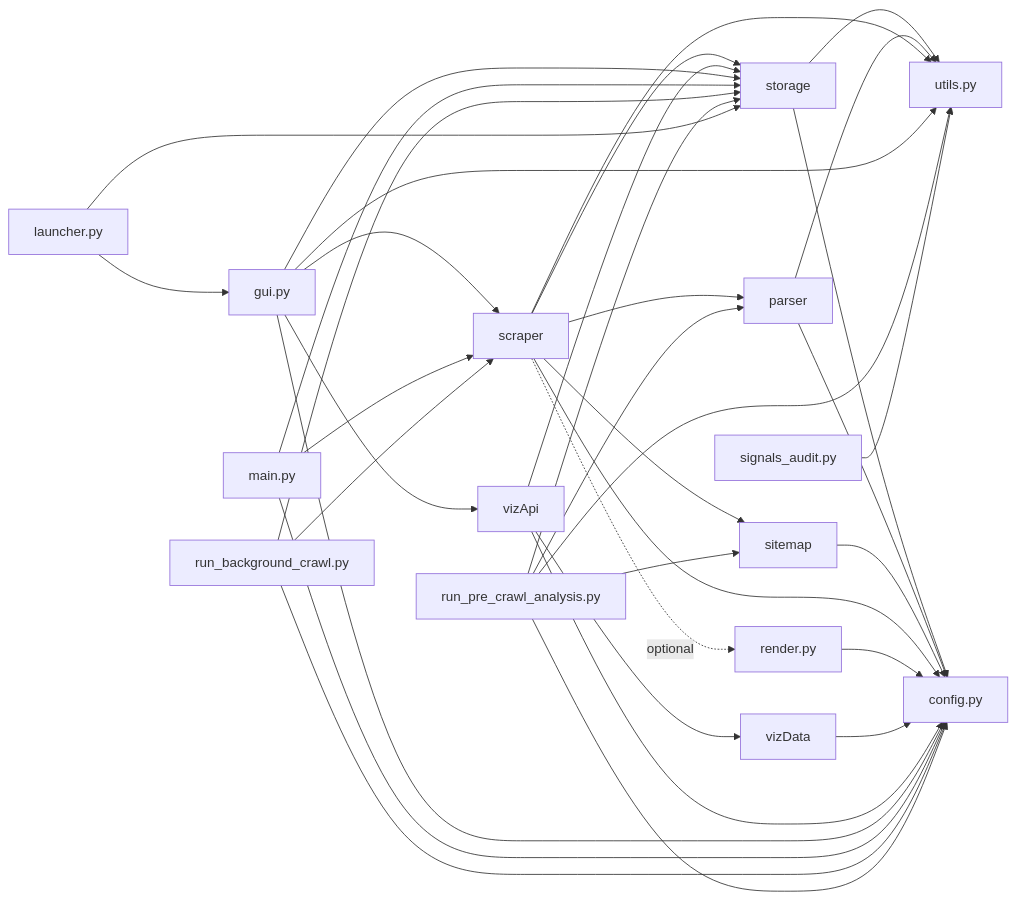
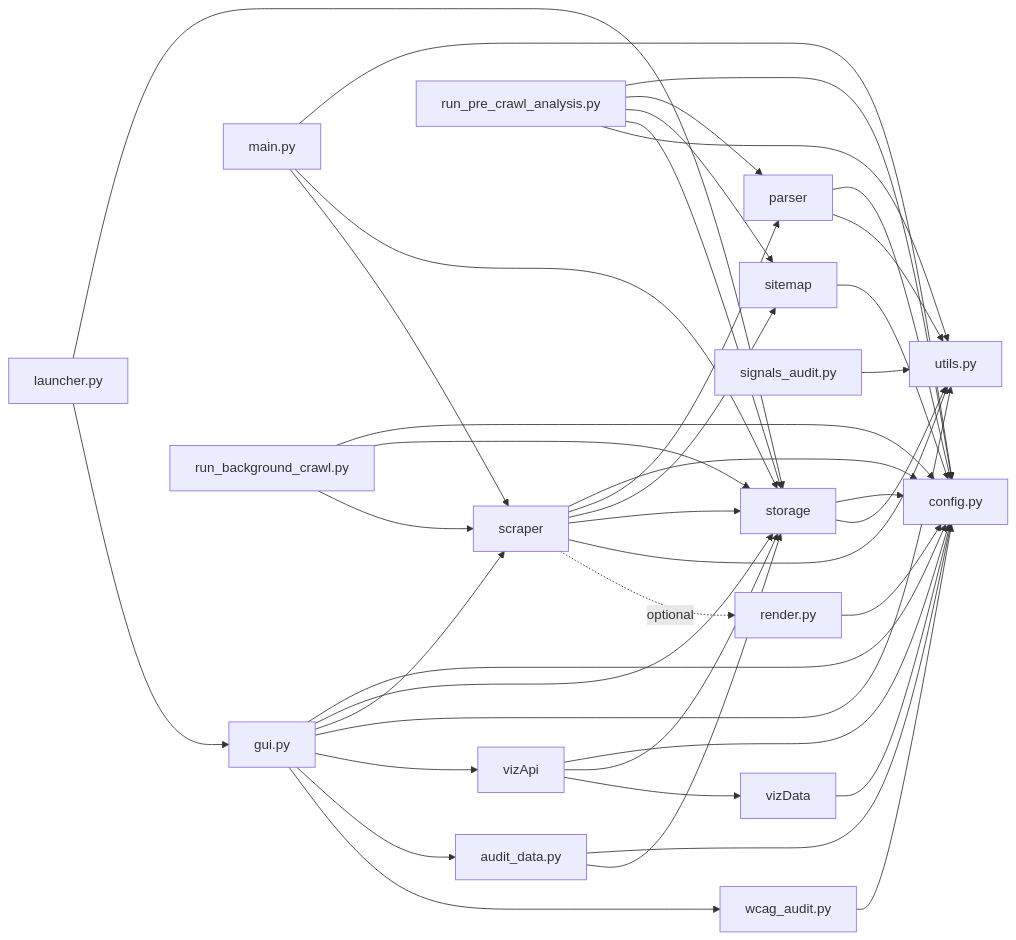
Before and after one commit to hooperstu/CrawlStreetJournal: the second of 10 diagrams in architecture.md, drawn with Mermaid. The commit also changed other lines of this file and 1 other file, not shown here.

First line of the commit message:
Update README.md and architecture.md for new features

````diff
--- a/architecture.md
+++ b/architecture.md
@@ -78,53 +89,61 @@
 ```mermaid
 graph LR
     utils[utils.py]
     configMod[config.py]
 
     storage --> configMod
     storage --> utils
 
     parser --> configMod
     parser --> utils
 
     sitemap --> configMod
 
     scraper --> configMod
     scraper --> parser
     scraper --> sitemap
     scraper --> storage
     scraper --> utils
     scraper -.->|optional| renderPy[render.py]
 
     renderPy --> configMod
 
     vizData --> configMod
 
     vizApi --> configMod
     vizApi --> storage
     vizApi --> vizData
 
     guiPy[gui.py] --> configMod
     guiPy --> storage
     guiPy --> scraper
     guiPy --> utils
     guiPy --> vizApi
 
     mainPy[main.py] --> configMod
     mainPy --> storage
     mainPy --> scraper
 
     bgCrawl[run_background_crawl.py] --> configMod
     bgCrawl --> storage
     bgCrawl --> scraper
 
     preAnalysis[run_pre_crawl_analysis.py] --> configMod
     preAnalysis --> parser
     preAnalysis --> sitemap
     preAnalysis --> storage
     preAnalysis --> utils
 
     launcher[launcher.py] --> storage
     launcher --> guiPy
 
     signalsAudit[signals_audit.py] --> utils
+
+    auditData[audit_data.py] --> configMod
+    auditData --> storage
+
+    wcagAudit[wcag_audit.py] --> configMod
+
+    guiPy --> auditData
+    guiPy --> wcagAudit
 ```
````
